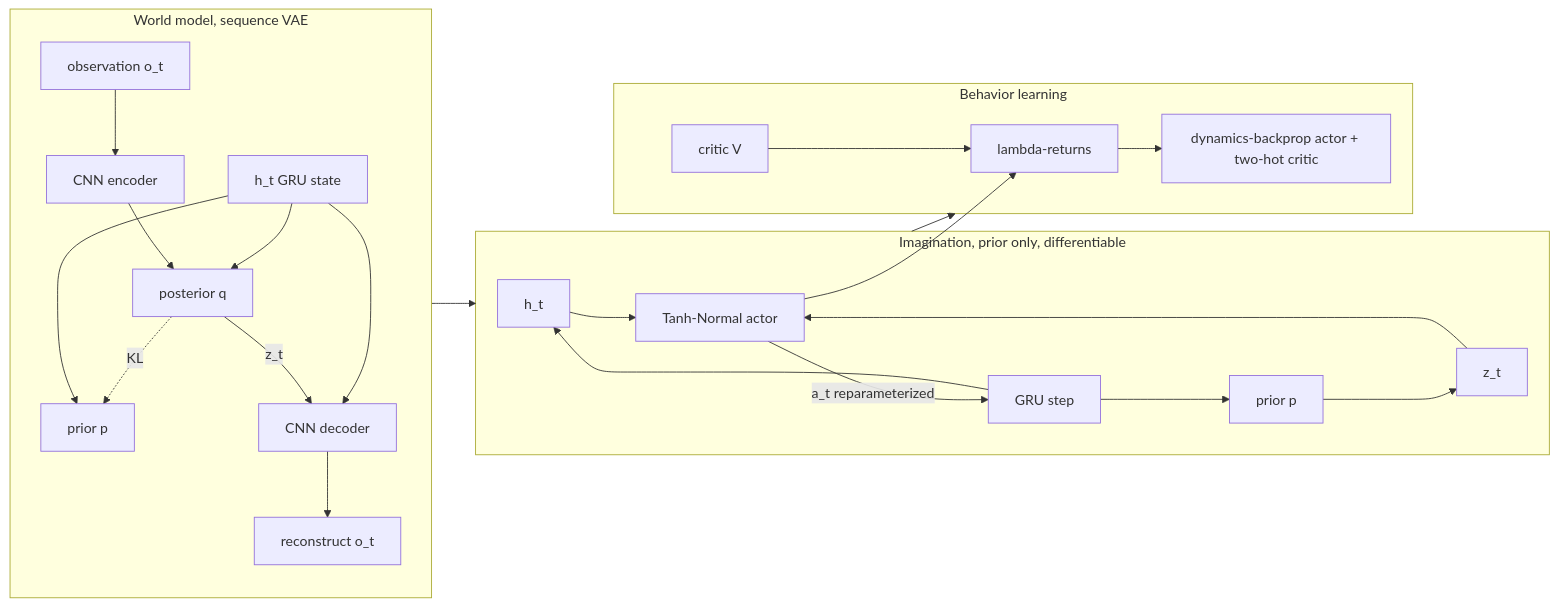
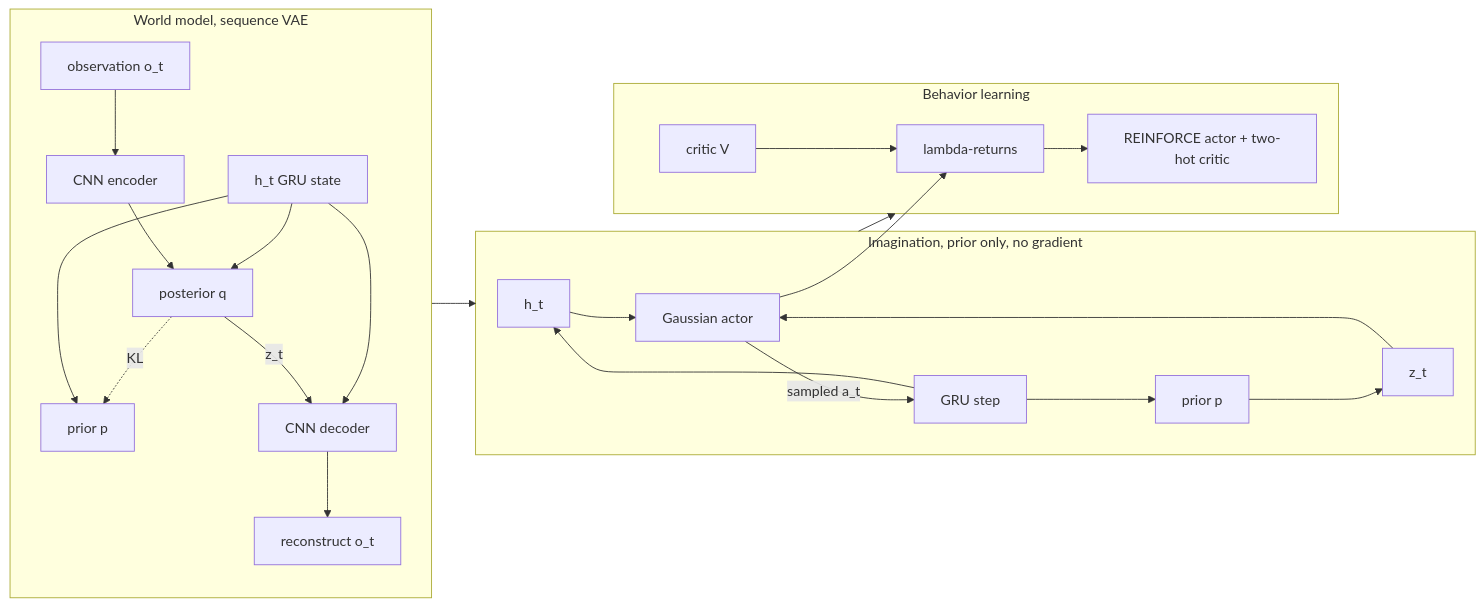
One commit to tanmaniac/nanovision changed the diagram in assignments/a12_world_models/README.md. Above: the diagram before and after it, drawn with Mermaid. The commit also changed other lines of this file and 38 other files, not shown here.

````diff
--- a/assignments/a12_world_models/README.md
+++ b/assignments/a12_world_models/README.md
@@ -136,27 +244,27 @@
 ```mermaid
 flowchart LR
     subgraph WM[World model, sequence VAE]
       O[observation o_t] --> E[CNN encoder]
       E --> POST[posterior q]
       H[h_t GRU state] --> POST
       H --> PRIOR[prior p]
       POST -->|z_t| DEC[CNN decoder]
       H --> DEC
       DEC --> R[reconstruct o_t]
       POST -.KL.-> PRIOR
     end
-    subgraph IMAG[Imagination, prior only, differentiable]
-      H2[h_t] --> ACT[Tanh-Normal actor]
+    subgraph IMAG[Imagination, prior only, no gradient]
+      H2[h_t] --> ACT[Gaussian actor]
       Z2[z_t] --> ACT
-      ACT -->|a_t reparameterized| GRU2[GRU step]
+      ACT -->|sampled a_t| GRU2[GRU step]
       GRU2 --> H2
       GRU2 --> PR2[prior p]
       PR2 --> Z2
     end
     subgraph BEH[Behavior learning]
       ACT --> RET[lambda-returns]
       CRI[critic V] --> RET
-      RET --> ACTLOSS[dynamics-backprop actor + two-hot critic]
+      RET --> ACTLOSS[REINFORCE actor + two-hot critic]
     end
     WM --> IMAG --> BEH
 ```
````
